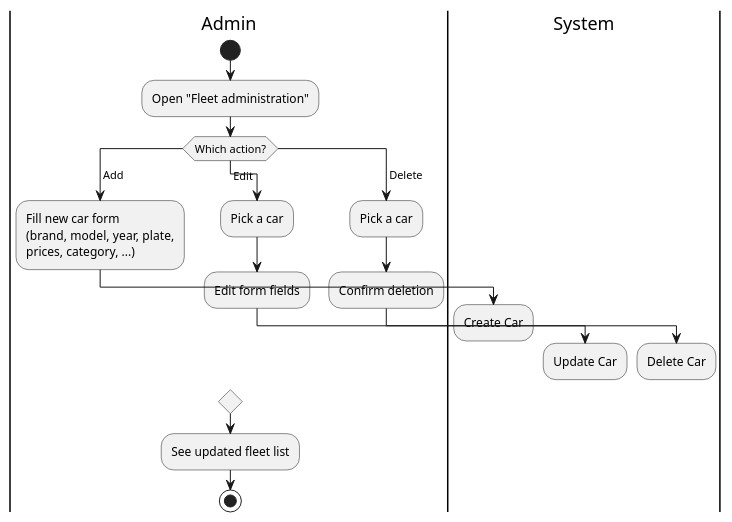
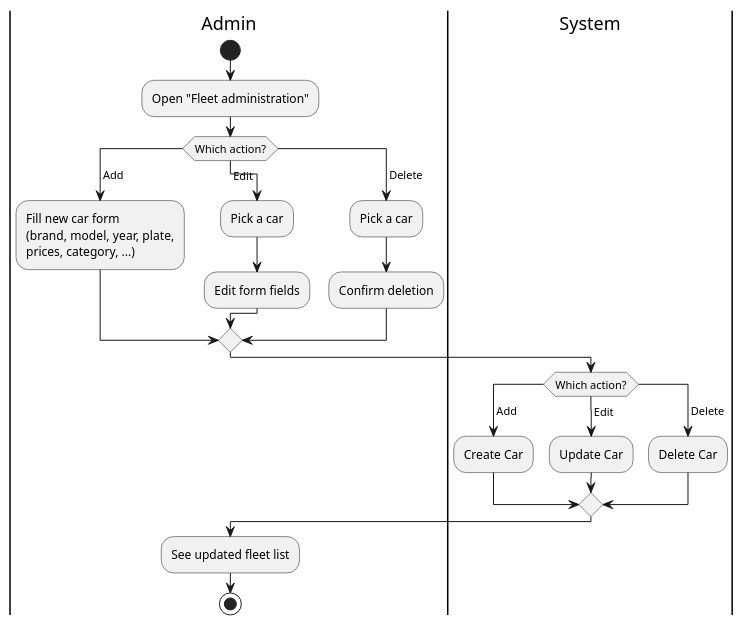
Before and after one commit to DavidMagyarics/CarRentalVSB: the diagram in docs/diagrams/activity-manage-fleet.puml, drawn with PlantUML.

Commit message:
fix: manage-fleet diagram still had crossing/ambiguous arrows
The single interleaved switch (branch, then jump lanes mid-branch,
three times) gave PlantUML's auto-layout too many simultaneous
lane-crossing points, producing a tangle of arrows that looked like
Create/Update/Delete Car all fed from the same place. Restructured
into two separate, single switch/case blocks — one fully in the
Admin lane (pick action, do the admin-side steps, merge), one fully
in the System lane (pick action again, do the matching system-side
step, merge) — which gives the layout engine only one lane-crossing
point instead of three interleaved ones.

```diff
--- a/docs/diagrams/activity-manage-fleet.puml
+++ b/docs/diagrams/activity-manage-fleet.puml
@@ -1,30 +1,32 @@
 @startuml activity-manage-fleet
 skinparam backgroundColor white
 
 |Admin|
 start
 :Open "Fleet administration";
 
 switch (Which action?)
 case ( Add )
   :Fill new car form\n(brand, model, year, plate,\nprices, category, ...);
-  |System|
+case ( Edit )
+  :Pick a car;
+  :Edit form fields;
+case ( Delete )
+  :Pick a car;
+  :Confirm deletion;
+endswitch
+
+|System|
+switch (Which action?)
+case ( Add )
   :Create Car;
 case ( Edit )
-  |Admin|
-  :Pick a car;
-  :Edit form fields;
-  |System|
   :Update Car;
 case ( Delete )
-  |Admin|
-  :Pick a car;
-  :Confirm deletion;
-  |System|
   :Delete Car;
 endswitch
 
 |Admin|
 :See updated fleet list;
 stop
 @enduml
```
